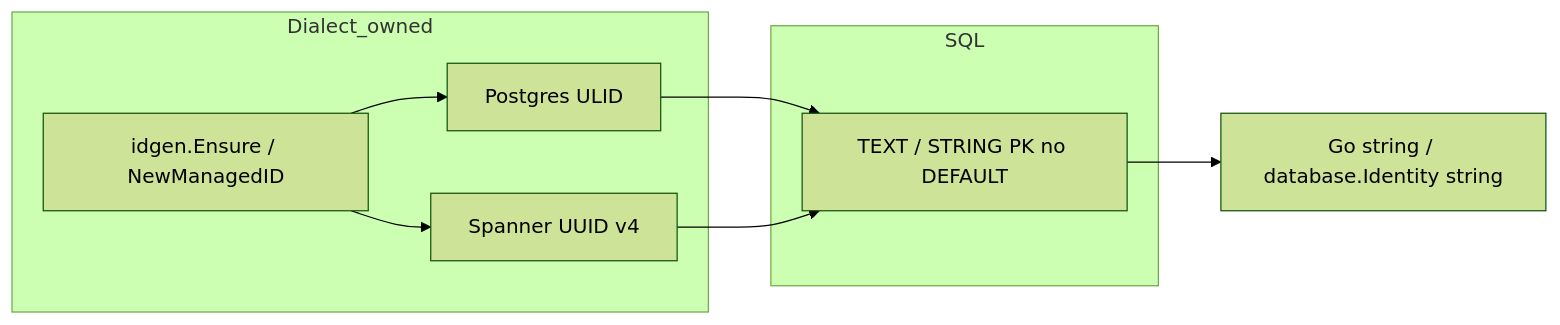
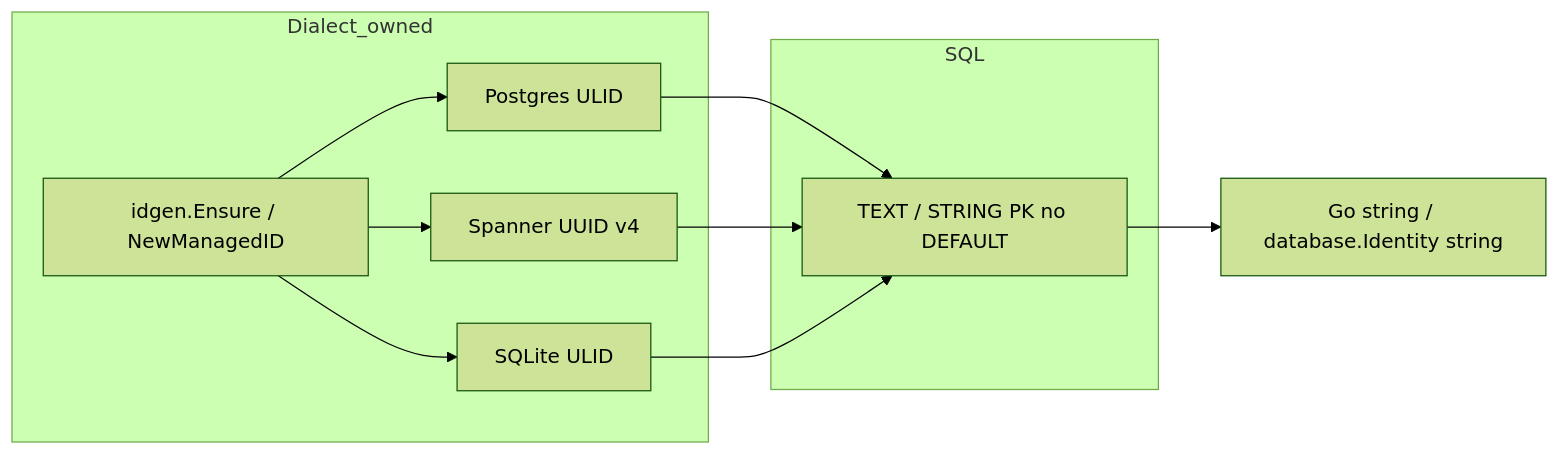
One commit to zitadel/nextgen changed the diagram in docs/adrs/011-resource-identifiers.md. Above: the diagram before and after it, drawn with Mermaid (forest theme). The commit also changed other lines of this file and 23 other files, not shown here.

````diff
--- a/docs/adrs/011-resource-identifiers.md
+++ b/docs/adrs/011-resource-identifiers.md
@@ -24,16 +24,19 @@
 ```mermaid
 flowchart LR
   subgraph dialect [Dialect_owned]
     Ensure[idgen.Ensure / NewManagedID]
     PG[Postgres ULID]
     SP[Spanner UUID v4]
+    SQ[SQLite ULID]
   end
   subgraph sql [SQL]
     Col["TEXT / STRING PK no DEFAULT"]
   end
   Ensure --> PG
   Ensure --> SP
+  Ensure --> SQ
   PG --> Col
   SP --> Col
+  SQ --> Col
   Col --> Go["Go string / database.Identity string"]
 ```
````
